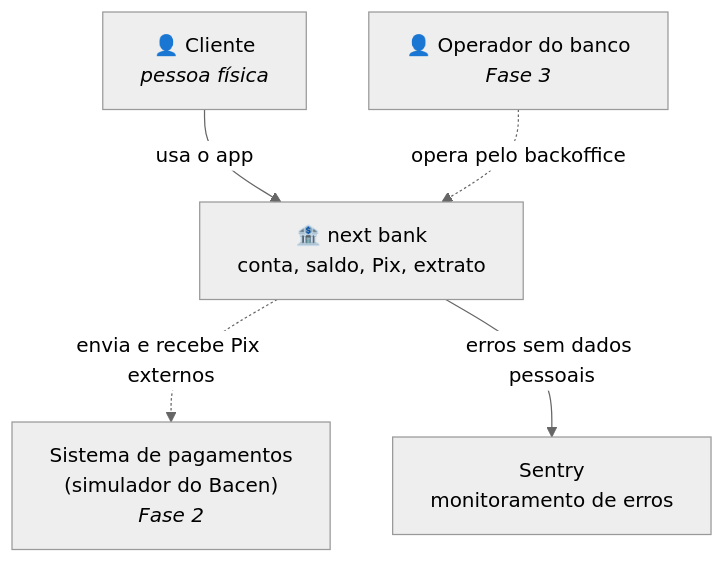
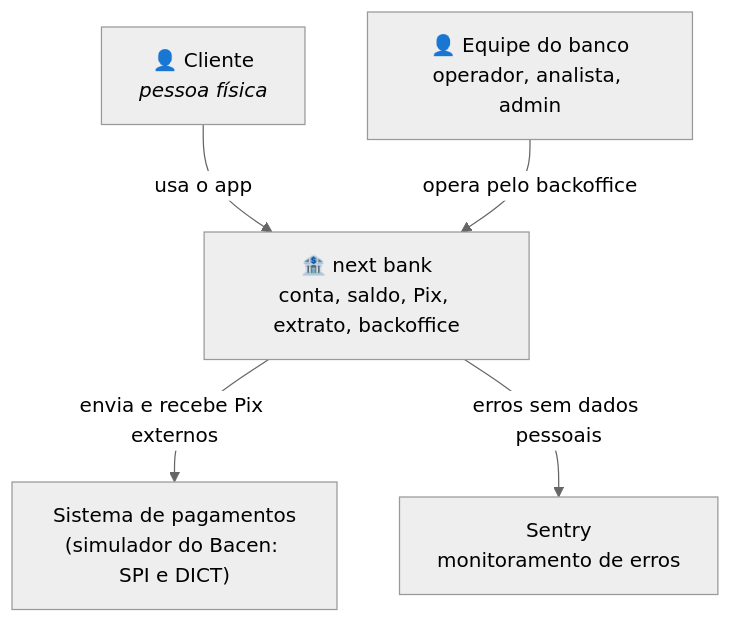
Before and after one commit to renatomf/next-bank: the first of 3 diagrams in docs/architecture/c4.md, drawn with Mermaid (neutral theme). The commit also changed other lines of this file, not shown here.

First line of the commit message:
docs(architecture): draw the containers as they run after v1.3.0

````diff
--- a/docs/architecture/c4.md
+++ b/docs/architecture/c4.md
@@ -7,15 +7,15 @@
 ```mermaid
 flowchart TB
     CLI["👤 Cliente<br/><i>pessoa física</i>"]
-    OPE["👤 Operador do banco<br/><i>Fase 3</i>"]
+    OPE["👤 Equipe do banco<br/>operador, analista, admin"]
 
-    NB["🏦 next bank<br/>conta, saldo, Pix, extrato"]
+    NB["🏦 next bank<br/>conta, saldo, Pix, extrato, backoffice"]
 
-    BACEN["Sistema de pagamentos<br/>(simulador do Bacen)<br/><i>Fase 2</i>"]
+    BACEN["Sistema de pagamentos<br/>(simulador do Bacen: SPI e DICT)"]
     SEN["Sentry<br/>monitoramento de erros"]
 
     CLI -- "usa o app" --> NB
-    OPE -. "opera pelo backoffice" .-> NB
-    NB -. "envia e recebe Pix externos" .-> BACEN
+    OPE -- "opera pelo backoffice" --> NB
+    NB -- "envia e recebe Pix externos" --> BACEN
     NB -- "erros sem dados pessoais" --> SEN
 ```
````
